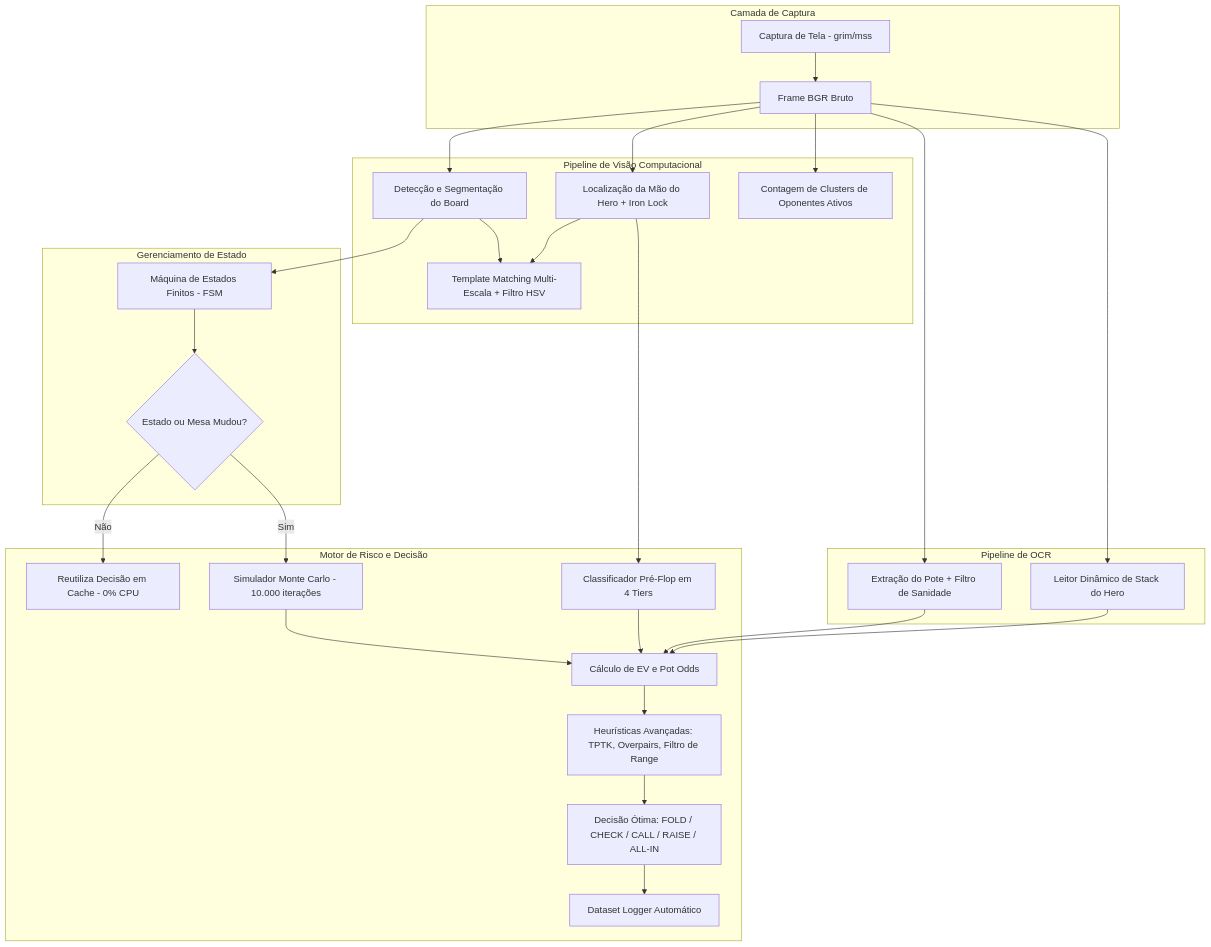
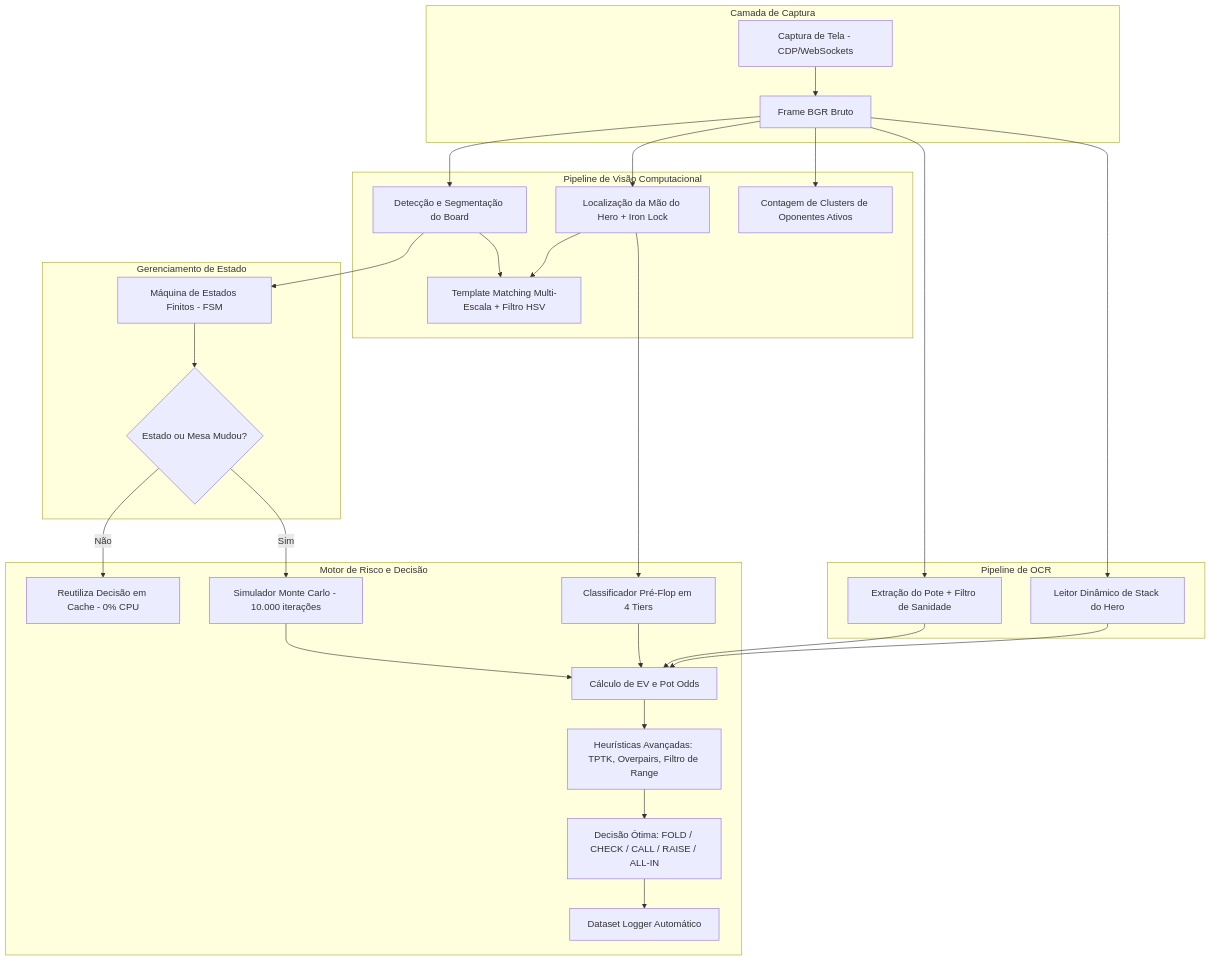
Before and after one commit to TheoEnderson/poker-vision-engine: the diagram in README.md, drawn with Mermaid. The commit also changed other lines of this file, not shown here.

Commit message:
docs: atualiza README com arquitetura CDP e detecção dinâmica de contornos

````diff
--- a/README.md
+++ b/README.md
@@ -62,37 +64,37 @@
 ```mermaid
 flowchart TD
     subgraph Camada de Captura
-        SCR[Captura de Tela - grim/mss] --> RAW[Frame BGR Bruto]
+        SCR[Captura de Tela - CDP/WebSockets] --> RAW[Frame BGR Bruto]
     end
 
     subgraph Pipeline de Visão Computacional
         RAW --> DET_BOARD[Detecção e Segmentação do Board]
         RAW --> DET_HERO[Localização da Mão do Hero + Iron Lock]
         RAW --> DET_OPP[Contagem de Clusters de Oponentes Ativos]
         DET_BOARD --> TM[Template Matching Multi-Escala + Filtro HSV]
         DET_HERO --> TM
     end
 
     subgraph Pipeline de OCR
         RAW --> OCR_POT[Extração do Pote + Filtro de Sanidade]
         RAW --> OCR_STACK[Leitor Dinâmico de Stack do Hero]
     end
 
     subgraph Gerenciamento de Estado
         DET_BOARD --> FSM[Máquina de Estados Finitos - FSM]
         FSM --> CACHE{Estado ou Mesa Mudou?}
     end
 
     subgraph Motor de Risco e Decisão
         CACHE -- Não --> REUSE[Reutiliza Decisão em Cache - 0% CPU]
         CACHE -- Sim --> MC[Simulador Monte Carlo - 10.000 iterações]
         DET_HERO --> TIER[Classificador Pré-Flop em 4 Tiers]
         MC --> EV[Cálculo de EV e Pot Odds]
         TIER --> EV
         OCR_POT --> EV
         OCR_STACK --> EV
         EV --> HEUR[Heurísticas Avançadas: TPTK, Overpairs, Filtro de Range]
         HEUR --> ACTION[Decisão Ótima: FOLD / CHECK / CALL / RAISE / ALL-IN]
         ACTION --> LOG[Dataset Logger Automático]
     end
 ```
````
